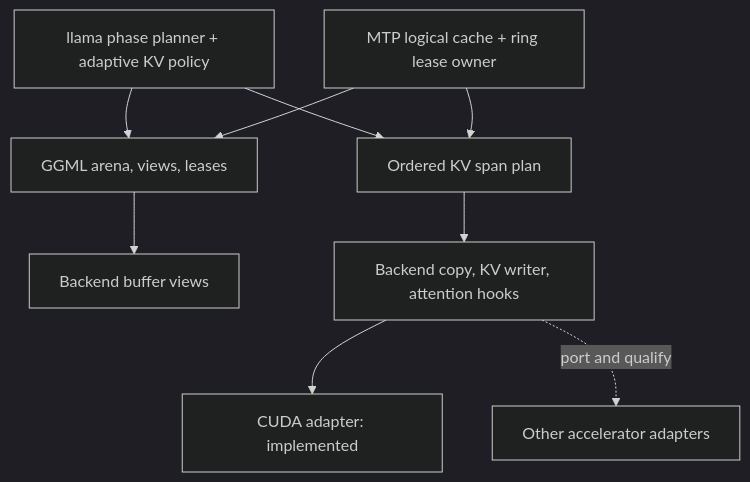
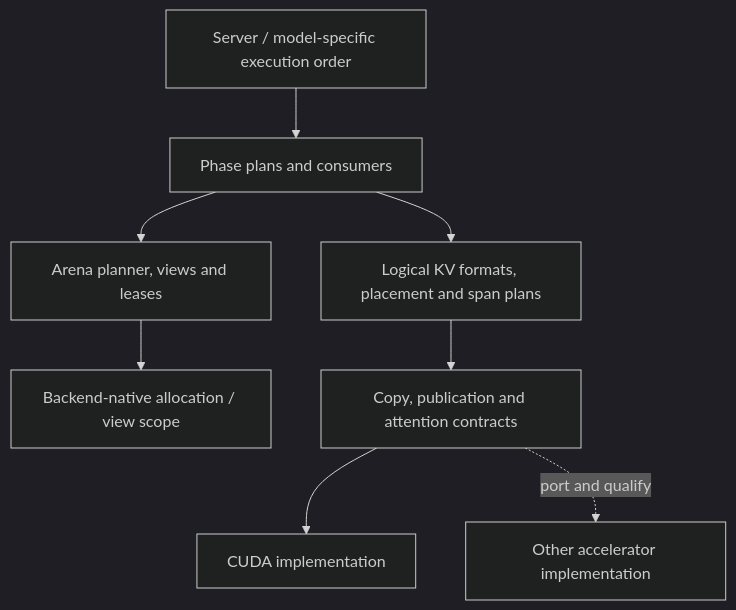
Before and after one commit to ggml-org/llama.cpp: the seventh of 8 diagrams in README.md, drawn with Mermaid (dark theme). The commit also changed other lines of this file and 6 other files, not shown here.

````diff
--- a/README.md
+++ b/README.md
@@ -338,11 +523,10 @@
 ```mermaid
 flowchart TD
-    P["llama phase planner + adaptive KV policy"] --> A["GGML arena, views, leases"]
-    P --> S["Ordered KV span plan"]
-    M["MTP logical cache + ring lease owner"] --> A
-    M --> S
-    A --> V["Backend buffer views"]
-    S --> X["Backend copy, KV writer, attention hooks"]
-    X --> C["CUDA adapter: implemented"]
-    X -. "port and qualify" .-> O["Other accelerator adapters"]
+    C["Server / model-specific execution order"] --> P["Phase plans and consumers"]
+    P --> A["Arena planner, views and leases"]
+    P --> K["Logical KV formats, placement and span plans"]
+    A --> B["Backend-native allocation / view scope"]
+    K --> X["Copy, publication and attention contracts"]
+    X --> CUDA["CUDA implementation"]
+    X -. "port and qualify" .-> OTHER["Other accelerator implementation"]
 ```
````
